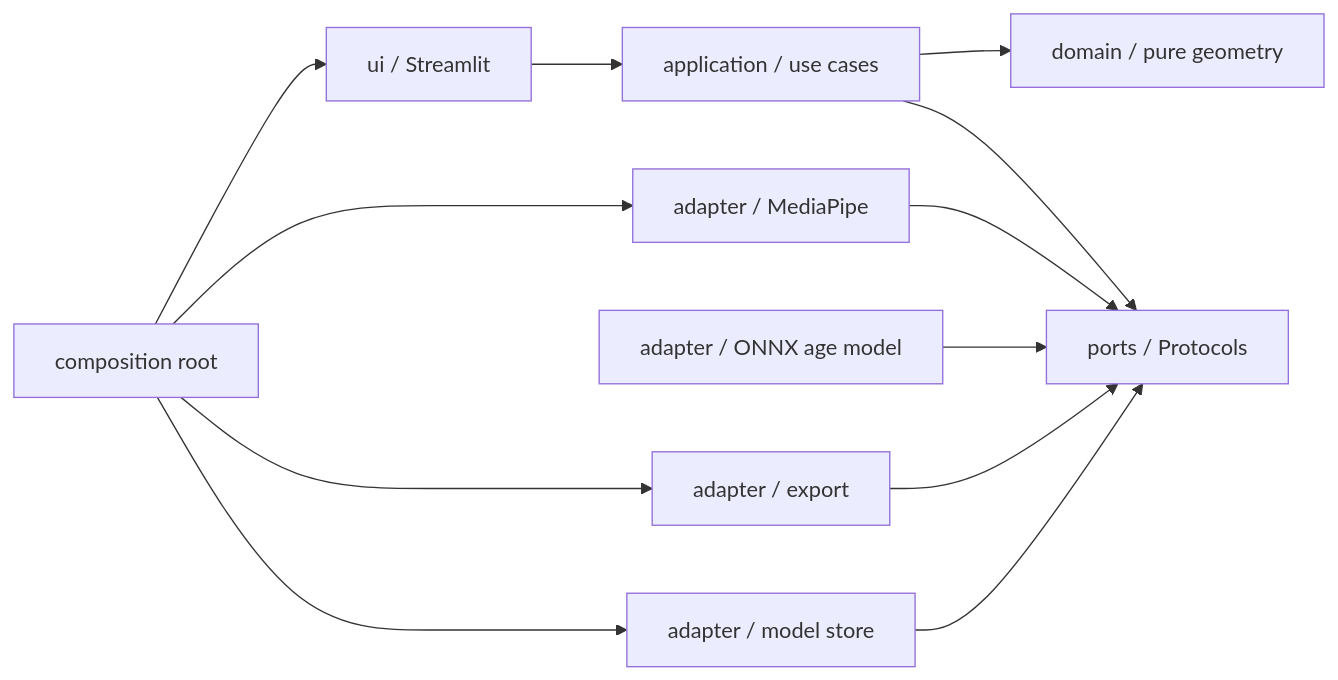
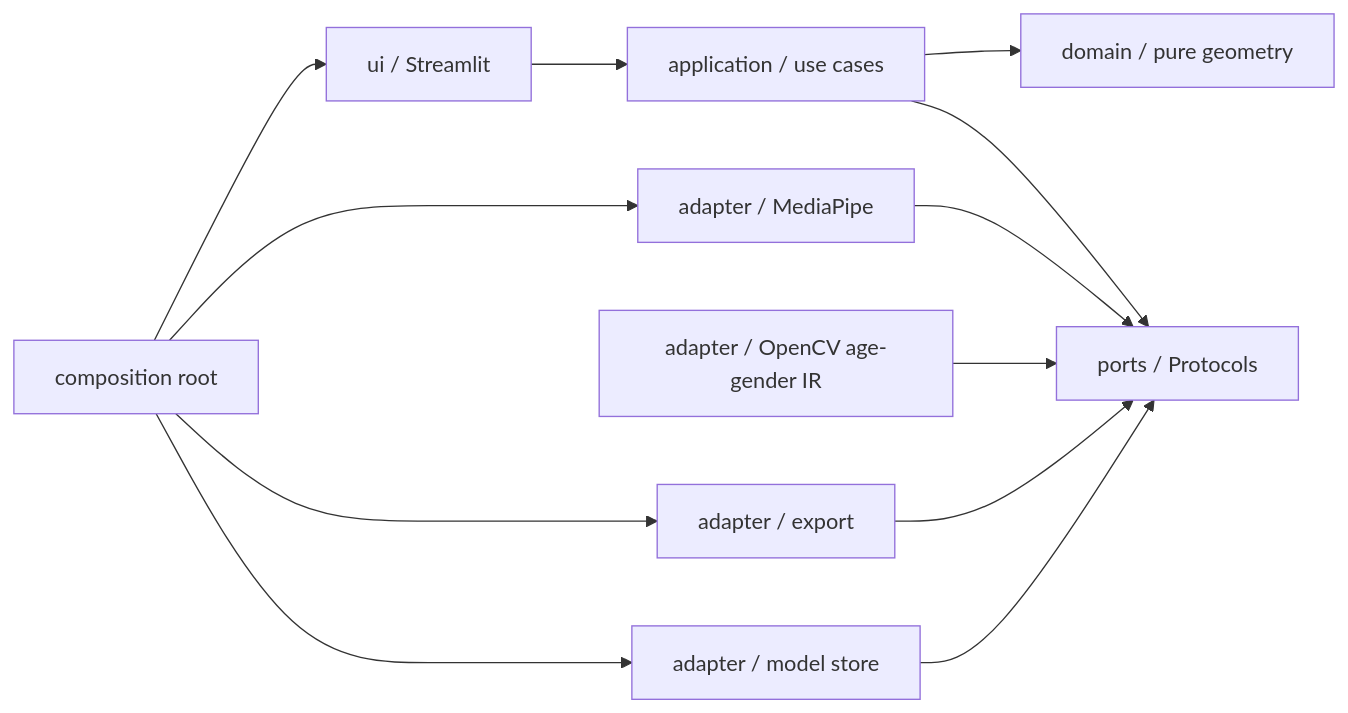
One commit to m5291091/fece-symmetry-lab changed the second of 3 diagrams in requirement.md. Above: the diagram before and after it, drawn with Mermaid. The commit also changed other lines of this file and 48 other files, not shown here.

````diff
--- a/requirement.md
+++ b/requirement.md
@@ -699,14 +721,14 @@
 ```mermaid
 flowchart LR
     UI["ui / Streamlit"] --> APP["application / use cases"]
     APP --> CORE["domain / pure geometry"]
     APP --> PORTS["ports / Protocols"]
     MP["adapter / MediaPipe"] --> PORTS
-    AGE["adapter / ONNX age model"] --> PORTS
+    AGE["adapter / OpenCV age-gender IR"] --> PORTS
     EX["adapter / export"] --> PORTS
     MS["adapter / model store"] --> PORTS
     BOOT["composition root"] --> UI
     BOOT --> MP
     BOOT --> EX
     BOOT --> MS
 ```
````
